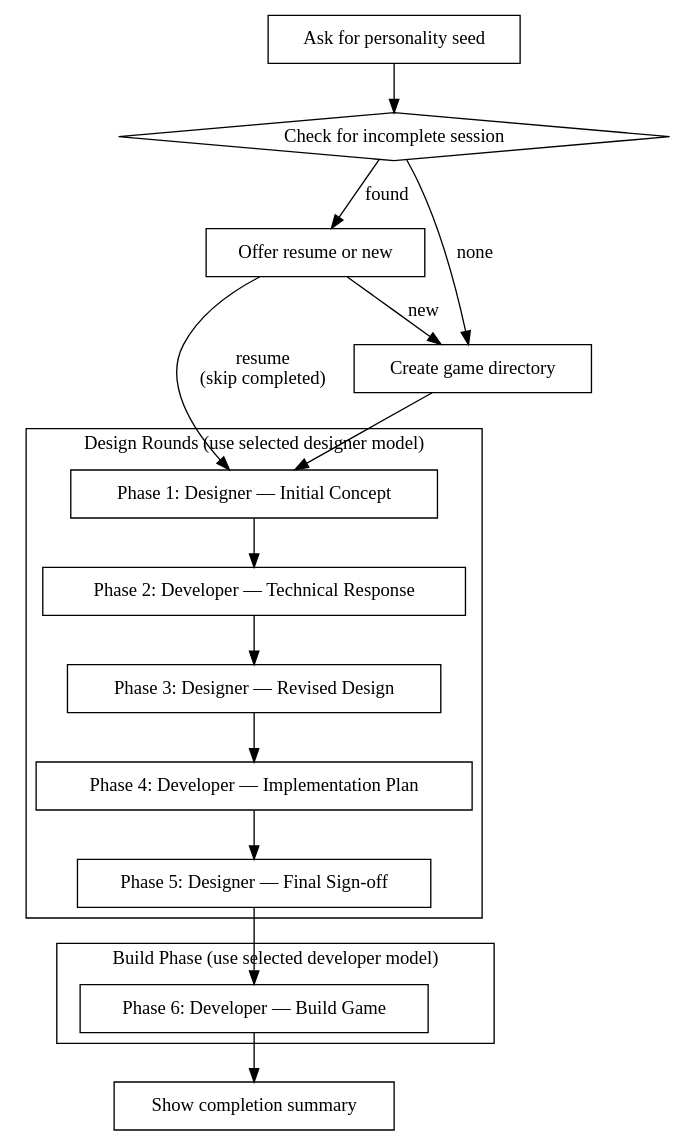
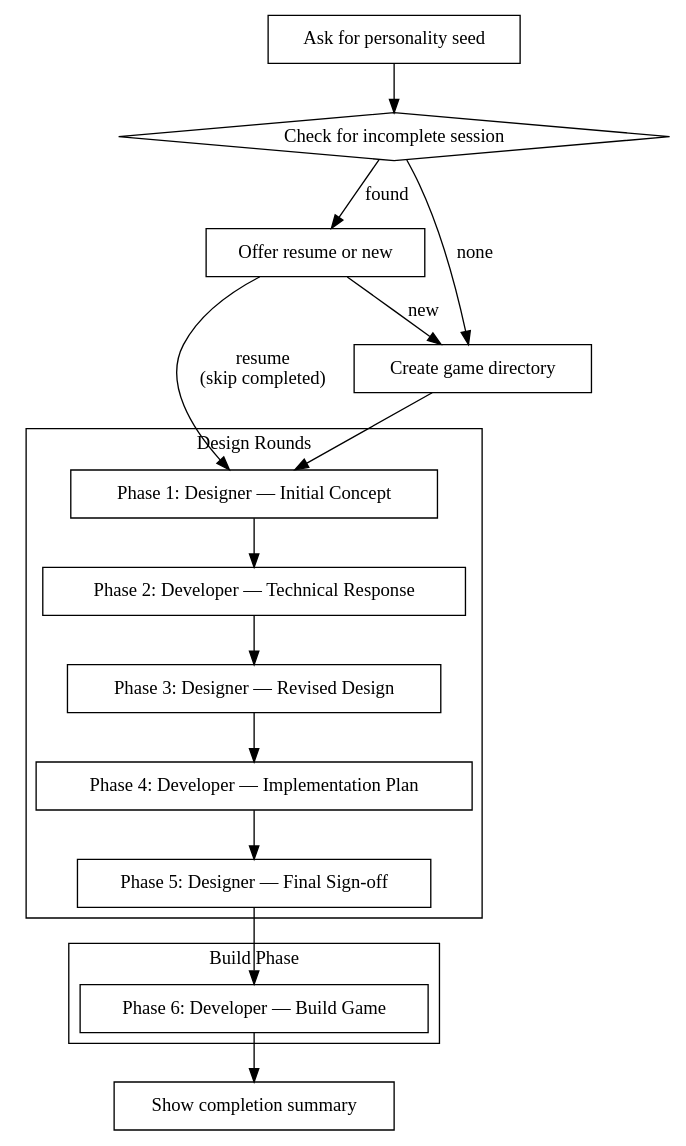
The diagram in skills/game-jam/SKILL.md (codyparker/ai-game-jam), drawn with Graphviz before and after one commit. The commit also changed other lines of this file, not shown here.

Commit message:
Remove model selection prompts — inherit from parent session

````diff
--- a/skills/game-jam/SKILL.md
+++ b/skills/game-jam/SKILL.md
@@ -19,39 +19,39 @@
 ```dot
 digraph game_jam {
     rankdir=TB;
 
     "Ask for personality seed" [shape=box];
     "Check for incomplete session" [shape=diamond];
     "Offer resume or new" [shape=box];
     "Create game directory" [shape=box];
 
     subgraph cluster_design {
-        label="Design Rounds (use selected designer model)";
+        label="Design Rounds";
         "Phase 1: Designer — Initial Concept" [shape=box];
         "Phase 2: Developer — Technical Response" [shape=box];
         "Phase 3: Designer — Revised Design" [shape=box];
         "Phase 4: Developer — Implementation Plan" [shape=box];
         "Phase 5: Designer — Final Sign-off" [shape=box];
     }
 
     subgraph cluster_build {
-        label="Build Phase (use selected developer model)";
+        label="Build Phase";
         "Phase 6: Developer — Build Game" [shape=box];
     }
 
     "Show completion summary" [shape=box];
 
     "Ask for personality seed" -> "Check for incomplete session";
     "Check for incomplete session" -> "Offer resume or new" [label="found"];
     "Check for incomplete session" -> "Create game directory" [label="none"];
     "Offer resume or new" -> "Create game directory" [label="new"];
     "Offer resume or new" -> "Phase 1: Designer — Initial Concept" [label="resume\n(skip completed)"];
     "Create game directory" -> "Phase 1: Designer — Initial Concept";
     "Phase 1: Designer — Initial Concept" -> "Phase 2: Developer — Technical Response";
     "Phase 2: Developer — Technical Response" -> "Phase 3: Designer — Revised Design";
     "Phase 3: Designer — Revised Design" -> "Phase 4: Developer — Implementation Plan";
     "Phase 4: Developer — Implementation Plan" -> "Phase 5: Designer — Final Sign-off";
     "Phase 5: Designer — Final Sign-off" -> "Phase 6: Developer — Build Game";
     "Phase 6: Developer — Build Game" -> "Show completion summary";
 }
 ```
````
